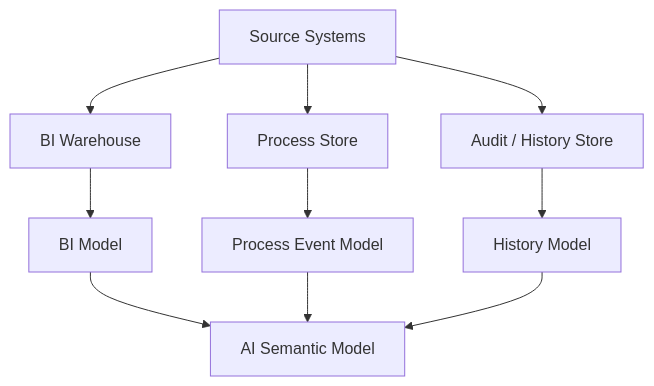
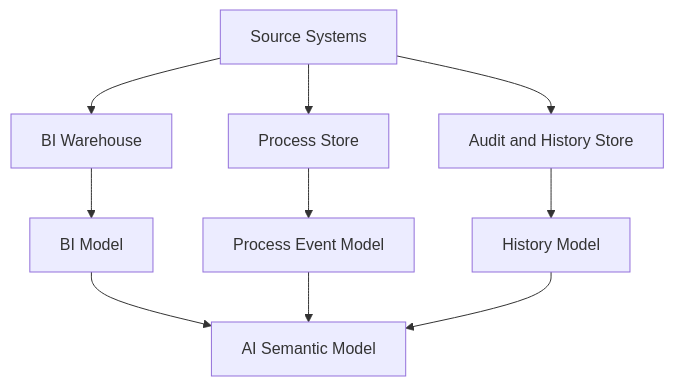
Before and after one commit to androviperian/semantic_warehouse_framework: the ninth of 12 diagrams in book/01-from-reporting-to-decision-intelligence.md, drawn with Mermaid. The commit also changed other lines of this file, not shown here.

Commit message:
Repair and complete chapter 1 Mermaid diagrams

````diff
--- a/book/01-from-reporting-to-decision-intelligence.md
+++ b/book/01-from-reporting-to-decision-intelligence.md
@@ -423,21 +353,13 @@
 ```mermaid
 flowchart TB
     S["Source Systems"]
-    BIW["BI Warehouse"]
-    PS["Process Store"]
-    AS["Audit / History Store"]
-    BIM["BI Model"]
-    PEM["Process Event Model"]
-    HM["History Model"]
-    AI["AI Semantic Model"]
-
-    S --> BIW
-    S --> PS
-    S --> AS
-    BIW --> BIM
-    PS --> PEM
-    AS --> HM
-    BIM --> AI
+    S --> BIW["BI Warehouse"]
+    S --> PS["Process Store"]
+    S --> AS["Audit and History Store"]
+    BIW --> BIM["BI Model"]
+    PS --> PEM["Process Event Model"]
+    AS --> HM["History Model"]
+    BIM --> AI["AI Semantic Model"]
     PEM --> AI
     HM --> AI
 ```
````
